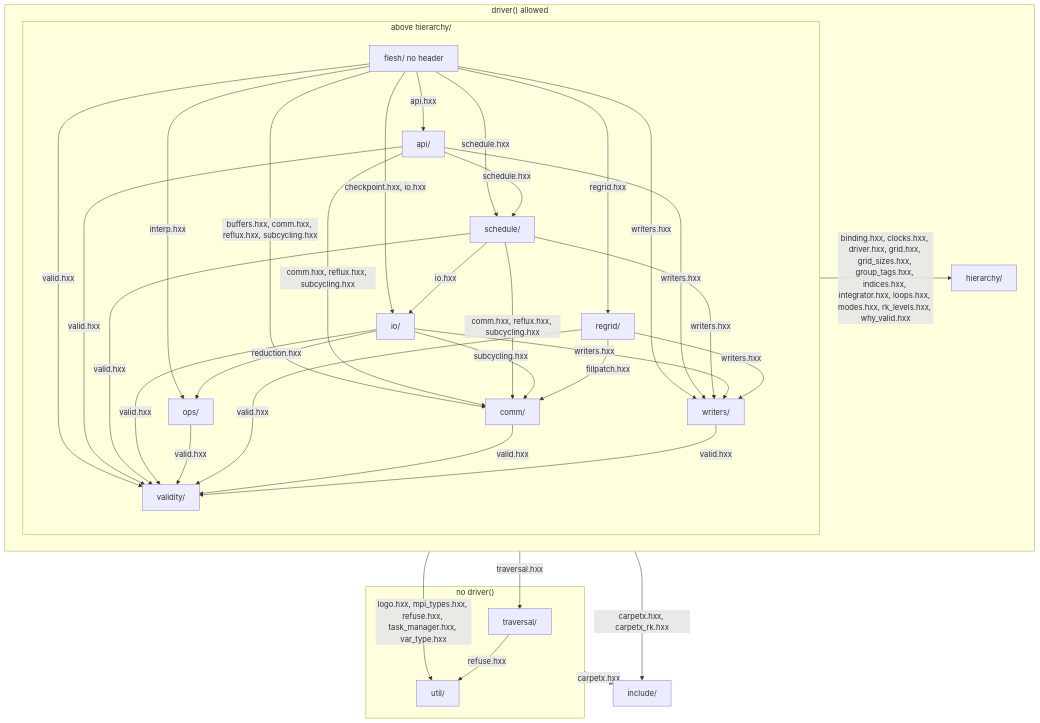
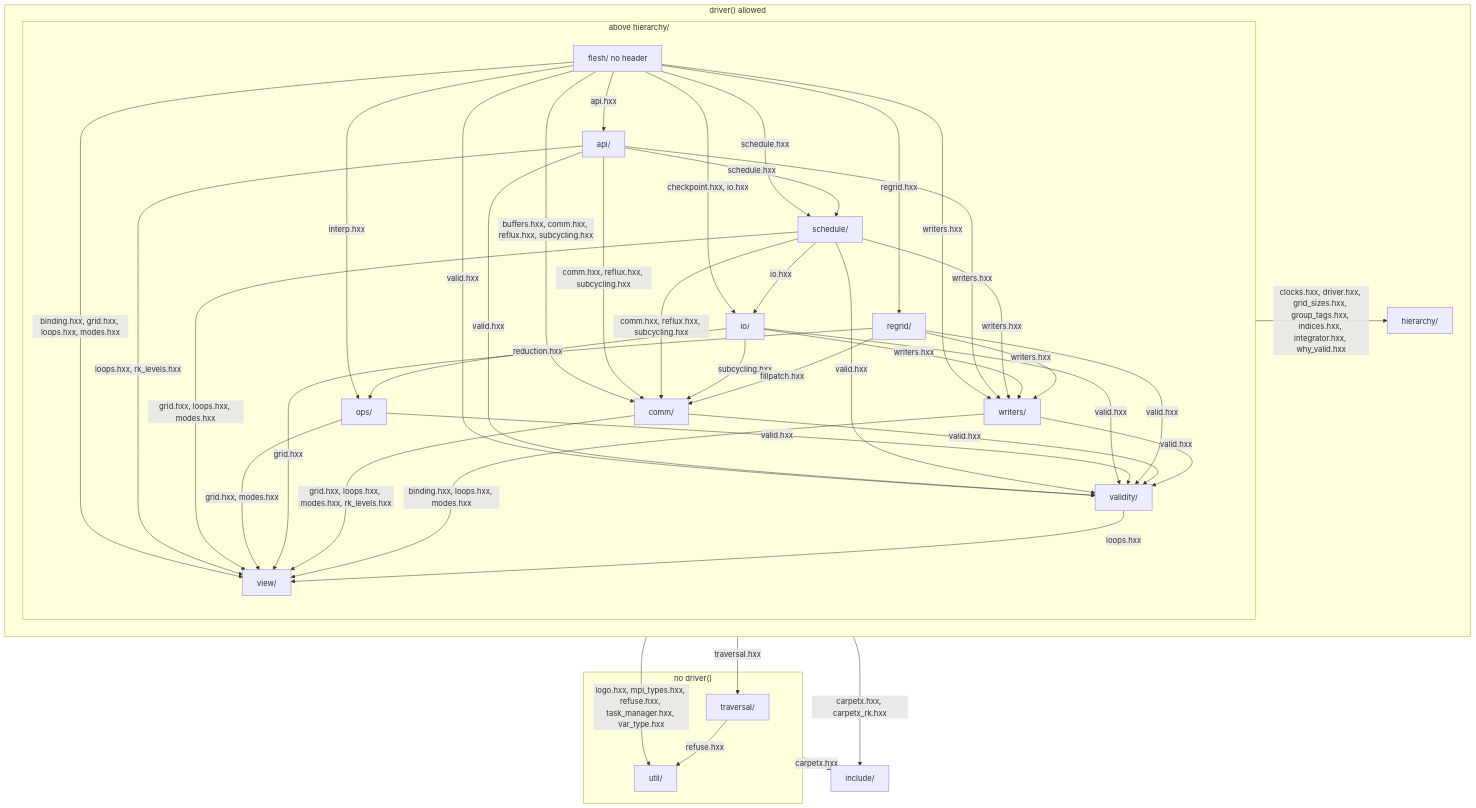
The first of 3 diagrams in agent_docs/carpetx-internals.md (lwJi/CarpetX), drawn with Mermaid before and after one commit. The commit also changed other lines of this file and 35 other files, not shown here.

First line of the commit message:
CarpetX: the flesh's view of the hierarchy is a layer, view/

````diff
--- a/agent_docs/carpetx-internals.md
+++ b/agent_docs/carpetx-internals.md
@@ -7,54 +7,63 @@
 ```mermaid
 flowchart TB
   subgraph door["driver() allowed"]
     subgraph above["above hierarchy/"]
       flesh["flesh/ no header"]
       api["api/"]
       schedule["schedule/"]
       io["io/"]
       ops["ops/"]
       regrid["regrid/"]
       comm["comm/"]
       writers["writers/"]
       validity["validity/"]
+      view["view/"]
     end
     hierarchy["hierarchy/"]
   end
   subgraph nodoor["no driver()"]
     traversal["traversal/"]
     util["util/"]
   end
   include["include/"]
   flesh -- "api.hxx" --> api
   flesh -- "schedule.hxx" --> schedule
   flesh -- "checkpoint.hxx, io.hxx" --> io
   flesh -- "interp.hxx" --> ops
   flesh -- "regrid.hxx" --> regrid
   flesh -- "buffers.hxx, comm.hxx, reflux.hxx, subcycling.hxx" --> comm
   flesh -- "writers.hxx" --> writers
   flesh -- "valid.hxx" --> validity
+  flesh -- "binding.hxx, grid.hxx, loops.hxx, modes.hxx" --> view
   api -- "schedule.hxx" --> schedule
   api -- "comm.hxx, reflux.hxx, subcycling.hxx" --> comm
   api -- "writers.hxx" --> writers
   api -- "valid.hxx" --> validity
+  api -- "loops.hxx, rk_levels.hxx" --> view
   schedule -- "io.hxx" --> io
   schedule -- "comm.hxx, reflux.hxx, subcycling.hxx" --> comm
   schedule -- "writers.hxx" --> writers
   schedule -- "valid.hxx" --> validity
+  schedule -- "grid.hxx, loops.hxx, modes.hxx" --> view
   io -- "reduction.hxx" --> ops
   io -- "subcycling.hxx" --> comm
   io -- "writers.hxx" --> writers
   io -- "valid.hxx" --> validity
   ops -- "valid.hxx" --> validity
+  ops -- "grid.hxx, modes.hxx" --> view
   regrid -- "fillpatch.hxx" --> comm
   regrid -- "writers.hxx" --> writers
   regrid -- "valid.hxx" --> validity
+  regrid -- "grid.hxx" --> view
   comm -- "valid.hxx" --> validity
+  comm -- "grid.hxx, loops.hxx, modes.hxx, rk_levels.hxx" --> view
   writers -- "valid.hxx" --> validity
+  writers -- "binding.hxx, loops.hxx, modes.hxx" --> view
+  validity -- "loops.hxx" --> view
   traversal -- "refuse.hxx" --> util
-  above -- "binding.hxx, clocks.hxx, driver.hxx, grid.hxx, grid_sizes.hxx, group_tags.hxx, indices.hxx, integrator.hxx, loops.hxx, modes.hxx, rk_levels.hxx, why_valid.hxx" --> hierarchy
+  above -- "clocks.hxx, driver.hxx, grid_sizes.hxx, group_tags.hxx, indices.hxx, integrator.hxx, why_valid.hxx" --> hierarchy
   door -- "traversal.hxx" --> traversal
   door -- "logo.hxx, mpi_types.hxx, refuse.hxx, task_manager.hxx, var_type.hxx" --> util
   door -- "carpetx.hxx, carpetx_rk.hxx" --> include
   nodoor -- "carpetx.hxx" --> include
 ```
````
